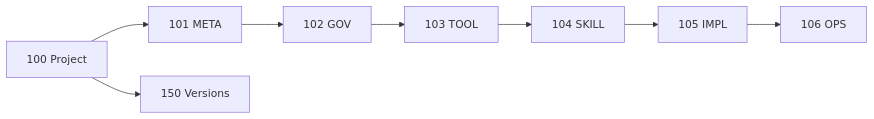
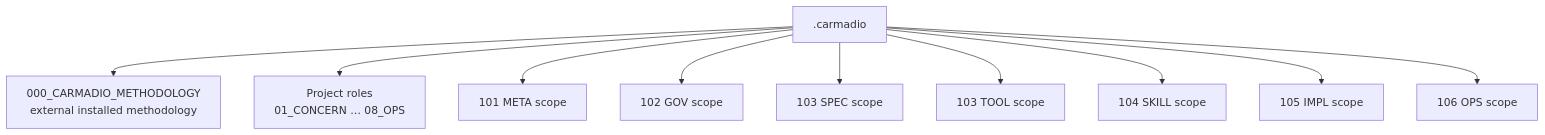
One commit to anatoly-m-maslennikov/caprmedio-graph-driven-framework changed the diagram in .carmadio/03_REQUIREMENT/CARMADIO-PROJECT-HUB.md. Above: the diagram before and after it, drawn with Mermaid. The commit also changed other lines of this file and 481 other files, not shown here.

Commit message:
CARMADIO-REQUIREMENT-GOV-145/9a44cb2e | 0 ; .carmadio,dset_toolchain,scripts,tests,README.md,10_project,11_layer_meta,12_layer_gov,13_layer_tool,14_layer_skill,15_layer_implementation,16_layer_ops

````diff
--- a/.carmadio/03_REQUIREMENT/CARMADIO-PROJECT-HUB.md
+++ b/.carmadio/03_REQUIREMENT/CARMADIO-PROJECT-HUB.md
@@ -16,14 +16,23 @@
 ```mermaid
-flowchart LR
-    PROJECT["100 Project"]
-    META["101 META"]
-    GOV["102 GOV"]
-    TOOL["103 TOOL"]
-    SKILL["104 SKILL"]
-    IMPL["105 IMPL"]
-    OPS["106 OPS"]
-    VERSION["150 Versions"]
+flowchart TB
+    ROOT[".carmadio"]
+    METHODOLOGY["000_CARMADIO_METHODOLOGY<br/>external installed methodology"]
+    PROJECT["Project roles<br/>01_CONCERN … 08_OPS"]
+    META["101 META scope"]
+    GOV["102 GOV scope"]
+    SPEC["103 SPEC scope"]
+    TOOL["103 TOOL scope"]
+    SKILL["104 SKILL scope"]
+    IMPL["105 IMPL scope"]
+    OPS["106 OPS scope"]
 
-    PROJECT --> META --> GOV --> TOOL --> SKILL --> IMPL --> OPS
-    PROJECT --> VERSION
+    ROOT --> METHODOLOGY
+    ROOT --> PROJECT
+    ROOT --> META
+    ROOT --> GOV
+    ROOT --> SPEC
+    ROOT --> TOOL
+    ROOT --> SKILL
+    ROOT --> IMPL
+    ROOT --> OPS
 ```
````
